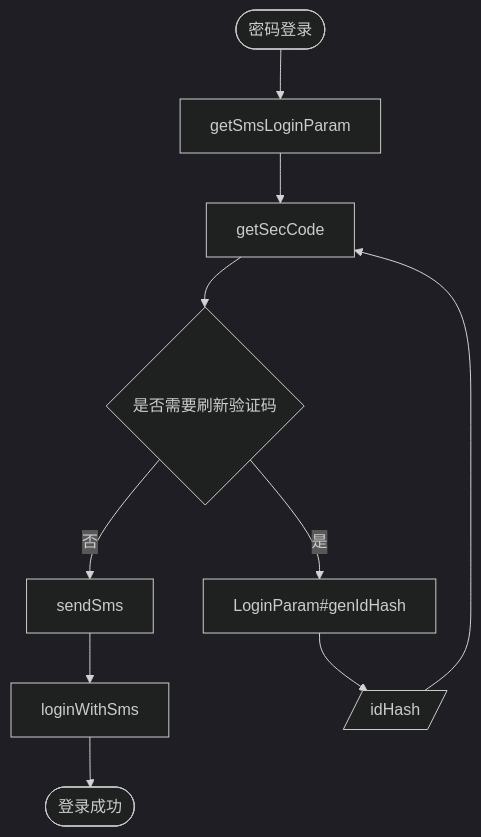
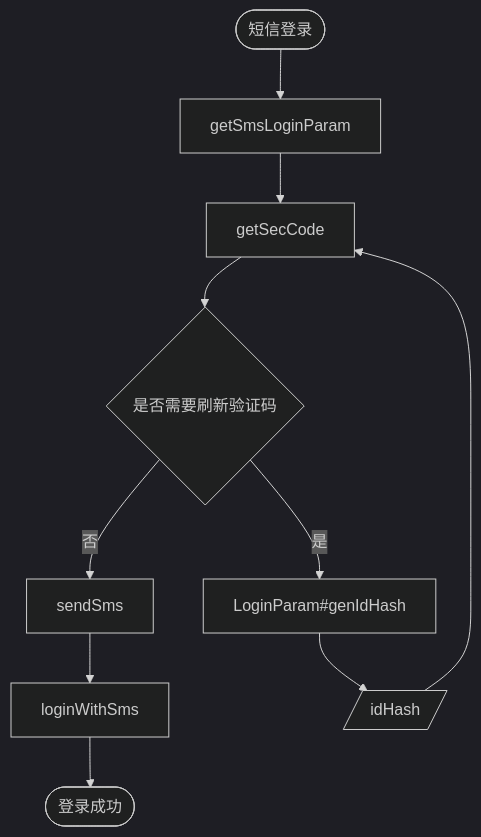
Before and after one commit to keylol-flutter/keylol_api: the second of 2 diagrams in README.md, drawn with Mermaid (dark theme).

````diff
--- a/README.md
+++ b/README.md
@@ -40,12 +40,12 @@
 ```mermaid
 graph TD;
-start([密码登录]) --> A;
+start([短信登录]) --> A;
 A[getSmsLoginParam] --> B;
 B[getSecCode] --> C;
 C{是否需要刷新验证码} --否--> D;
 C --是--> E;
 E[LoginParam#genIdHash] --> F;
 F[/idHash/] --> B;
 D[sendSms] --> G;
 G[loginWithSms] --> finish([登录成功]);
 ```
````
